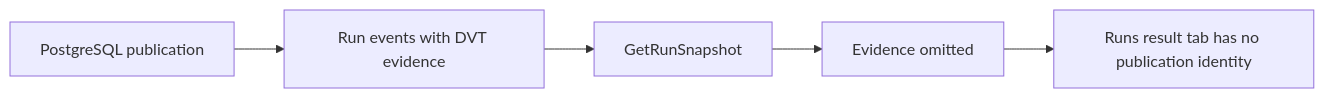
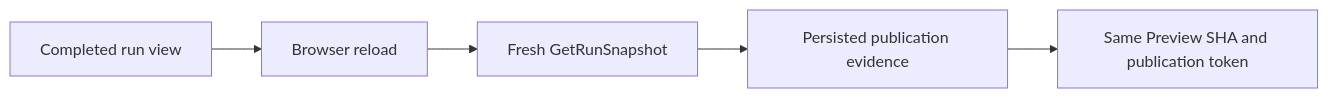
The first of 2 diagrams in docs/planning/proposals/mandatory/frontend-and-ux/gh-3021-dvt-preview-run-live-plan-20260915.md (dunay2/dvt), drawn with Mermaid before and after one commit. The commit also changed other lines of this file and 1 other file, not shown here.

Commit message:
test(web): Prove DVT run evidence survives reload (#3197)

````diff
--- a/docs/planning/proposals/mandatory/frontend-and-ux/gh-3021-dvt-preview-run-live-plan-20260915.md
+++ b/docs/planning/proposals/mandatory/frontend-and-ux/gh-3021-dvt-preview-run-live-plan-20260915.md
@@ -28,7 +28,7 @@
 ```mermaid
 flowchart LR
-  A[PostgreSQL publication] --> B[Run events with DVT evidence]
-  B --> C[GetRunSnapshot]
-  C --> D[Evidence omitted]
-  D --> E[Runs result tab has no publication identity]
+  A[Completed run view] --> B[Browser reload]
+  B --> C[Fresh GetRunSnapshot]
+  C --> D[Persisted publication evidence]
+  D --> E[Same Preview SHA and publication token]
 ```
````
